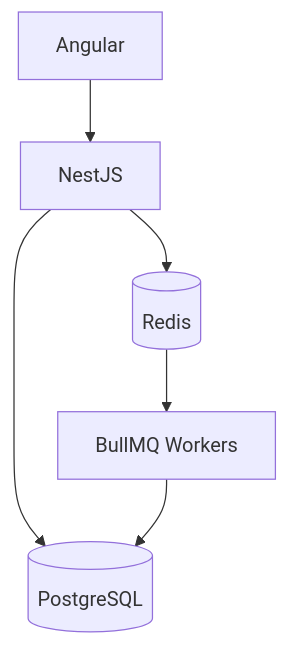
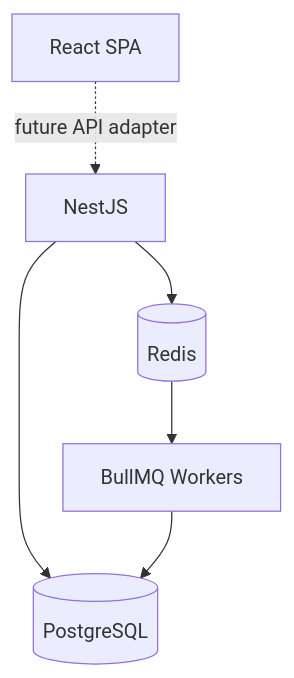
Before and after one commit to SantyDuque/LifeOS: the diagram in docs/08-diagrams/SystemDiagram.md, drawn with Mermaid. The commit also changed other lines of this file and 11 other files, not shown here.

Commit message:
feat: update documentation and architecture for React frontend integration

````diff
--- a/docs/08-diagrams/SystemDiagram.md
+++ b/docs/08-diagrams/SystemDiagram.md
@@ -7,8 +7,8 @@
 ```mermaid
 flowchart TB
-  Frontend[Angular] --> Backend[NestJS]
+  Frontend[React SPA] -. future API adapter .-> Backend[NestJS]
   Backend --> DB[(PostgreSQL)]
   Backend --> Redis[(Redis)]
   Redis --> Workers[BullMQ Workers]
   Workers --> DB
 ```
````
